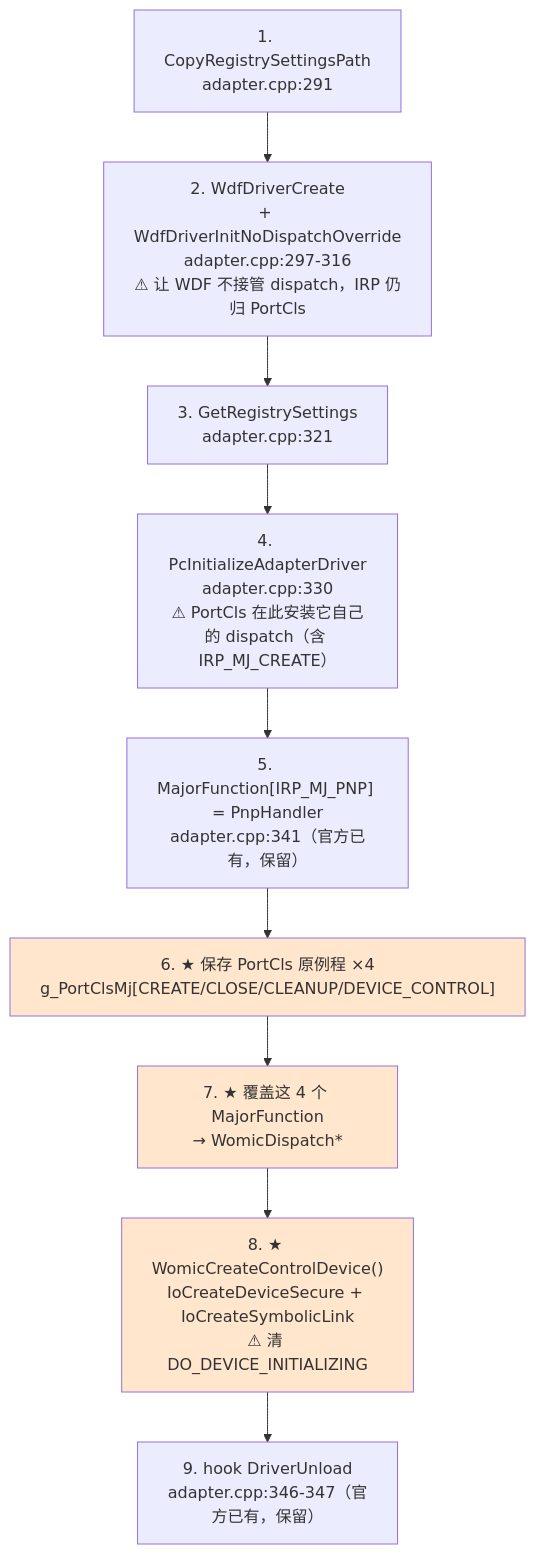
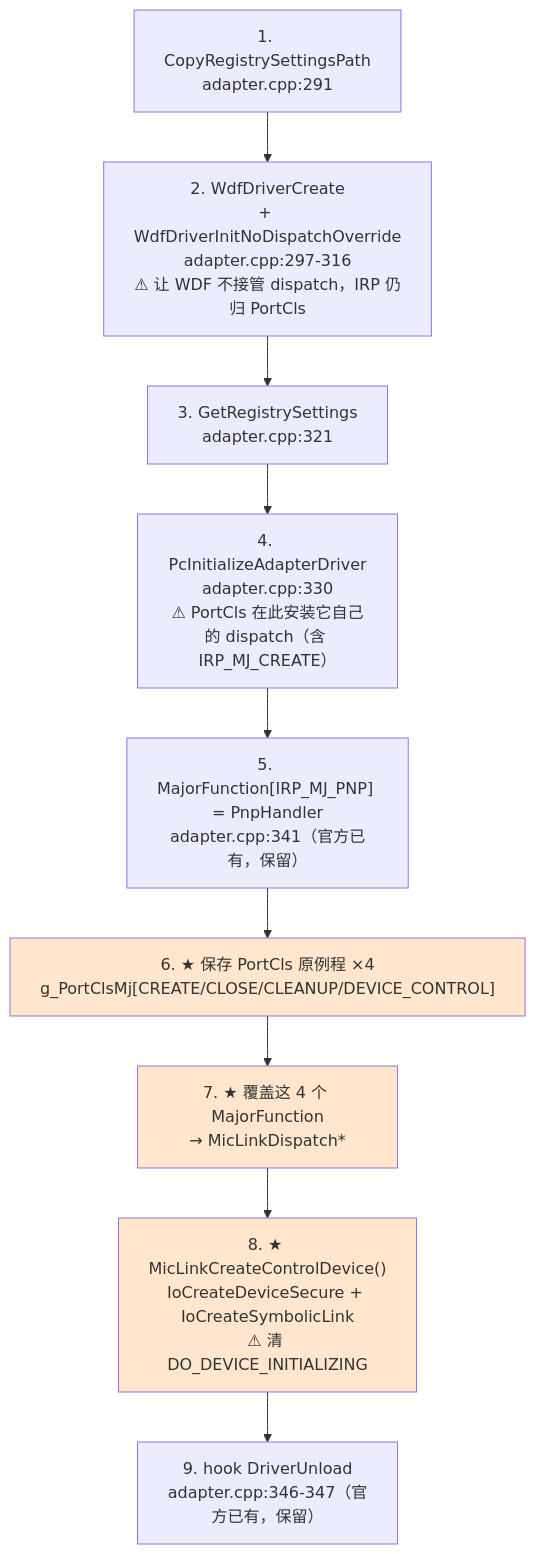
One commit to 1-1-2/WKB_test changed the second of 6 diagrams in docs/ARCHITECTURE.md. Above: the diagram before and after it, drawn with Mermaid. The commit also changed other lines of this file and 130 other files, not shown here.

````diff
--- a/docs/ARCHITECTURE.md
+++ b/docs/ARCHITECTURE.md
@@ -130,15 +130,15 @@
 ```mermaid
 flowchart TD
     A["1. CopyRegistrySettingsPath<br/>adapter.cpp:291"] --> B["2. WdfDriverCreate<br/>+ WdfDriverInitNoDispatchOverride<br/>adapter.cpp:297-316<br/>⚠ 让 WDF 不接管 dispatch，IRP 仍归 PortCls"]
     B --> C["3. GetRegistrySettings<br/>adapter.cpp:321"]
     C --> D["4. PcInitializeAdapterDriver<br/>adapter.cpp:330<br/>⚠ PortCls 在此安装它自己的 dispatch（含 IRP_MJ_CREATE）"]
     D --> E["5. MajorFunction[IRP_MJ_PNP] = PnpHandler<br/>adapter.cpp:341（官方已有，保留）"]
     E --> F["6. ★ 保存 PortCls 原例程 ×4<br/>g_PortClsMj[CREATE/CLOSE/CLEANUP/DEVICE_CONTROL]"]
-    F --> G["7. ★ 覆盖这 4 个 MajorFunction<br/>→ WomicDispatch*"]
-    G --> H["8. ★ WomicCreateControlDevice()<br/>IoCreateDeviceSecure + IoCreateSymbolicLink<br/>⚠ 清 DO_DEVICE_INITIALIZING"]
+    F --> G["7. ★ 覆盖这 4 个 MajorFunction<br/>→ MicLinkDispatch*"]
+    G --> H["8. ★ MicLinkCreateControlDevice()<br/>IoCreateDeviceSecure + IoCreateSymbolicLink<br/>⚠ 清 DO_DEVICE_INITIALIZING"]
     H --> I["9. hook DriverUnload<br/>adapter.cpp:346-347（官方已有，保留）"]
 
     style F fill:#ffe6cc
     style G fill:#ffe6cc
     style H fill:#ffe6cc
 ```
````
